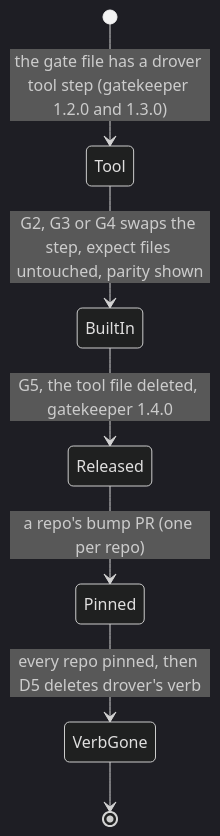
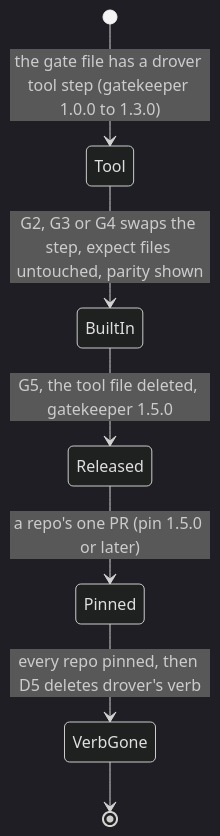
Before and after one commit to jirathip-dev/drover: the first of 4 diagrams in docs/architecture/checks-to-gatekeeper/boundaries.md, drawn with Mermaid (dark theme). The commit also changed other lines of this file and 4 other files, not shown here.

Commit message:
architect: revise #1643: 5 checks become 4; the cap leaves with each repo's pin bump, release is 1.5.0 (q3842)

````diff
--- a/docs/architecture/checks-to-gatekeeper/boundaries.md
+++ b/docs/architecture/checks-to-gatekeeper/boundaries.md
@@ -66,9 +68,9 @@
 ```mermaid
 stateDiagram-v2
-    [*] --> Tool: the gate file has a drover tool step (gatekeeper 1.2.0 and 1.3.0)
+    [*] --> Tool: the gate file has a drover tool step (gatekeeper 1.0.0 to 1.3.0)
     Tool --> BuiltIn: G2, G3 or G4 swaps the step, expect files untouched, parity shown
-    BuiltIn --> Released: G5, the tool file deleted, gatekeeper 1.4.0
-    Released --> Pinned: a repo's bump PR (one per repo)
+    BuiltIn --> Released: G5, the tool file deleted, gatekeeper 1.5.0
+    Released --> Pinned: a repo's one PR (pin 1.5.0 or later)
     Pinned --> VerbGone: every repo pinned, then D5 deletes drover's verb
     VerbGone --> [*]
 ```
````
